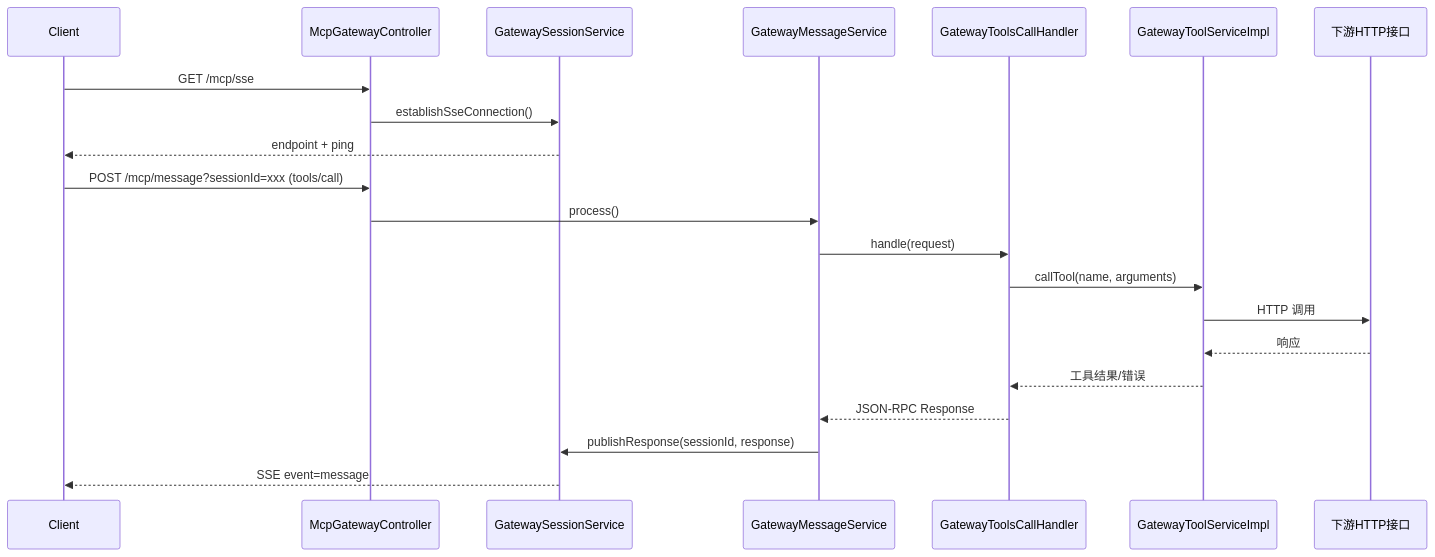
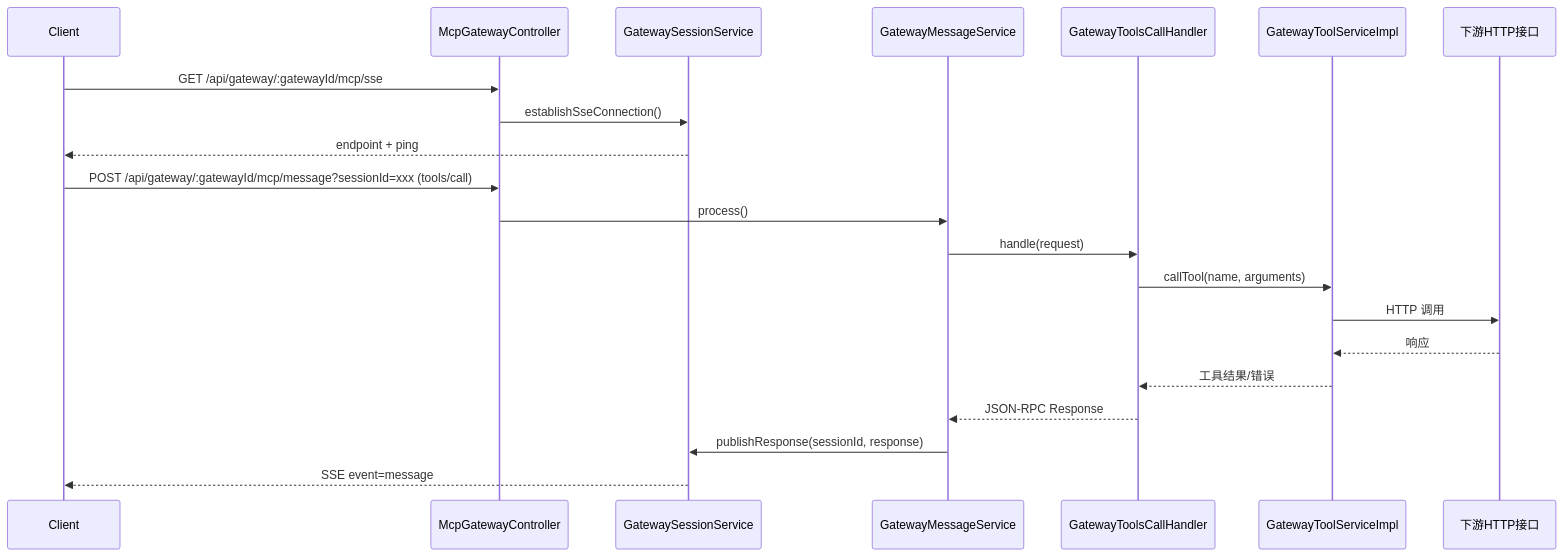
One commit to small-xiexu/ai-mcp-knowledge-study changed the fifth of 5 diagrams in docs/MCP-从0到1实战指南.md. Above: the diagram before and after it, drawn with Mermaid. The commit also changed other lines of this file and 61 other files, not shown here.

````diff
--- a/docs/MCP-从0到1实战指南.md
+++ b/docs/MCP-从0到1实战指南.md
@@ -393,24 +441,24 @@
 ```mermaid
 sequenceDiagram
     participant C as Client
     participant GC as McpGatewayController
     participant SS as GatewaySessionService
     participant MS as GatewayMessageService
     participant H as GatewayToolsCallHandler
     participant TS as GatewayToolServiceImpl
     participant API as 下游HTTP接口
 
-    C->>GC: GET /mcp/sse
+    C->>GC: GET /api/gateway/:gatewayId/mcp/sse
     GC->>SS: establishSseConnection()
     SS-->>C: endpoint + ping
-    C->>GC: POST /mcp/message?sessionId=xxx (tools/call)
+    C->>GC: POST /api/gateway/:gatewayId/mcp/message?sessionId=xxx (tools/call)
     GC->>MS: process()
     MS->>H: handle(request)
     H->>TS: callTool(name, arguments)
     TS->>API: HTTP 调用
     API-->>TS: 响应
     TS-->>H: 工具结果/错误
     H-->>MS: JSON-RPC Response
     MS->>SS: publishResponse(sessionId, response)
     SS-->>C: SSE event=message
 ```
````
